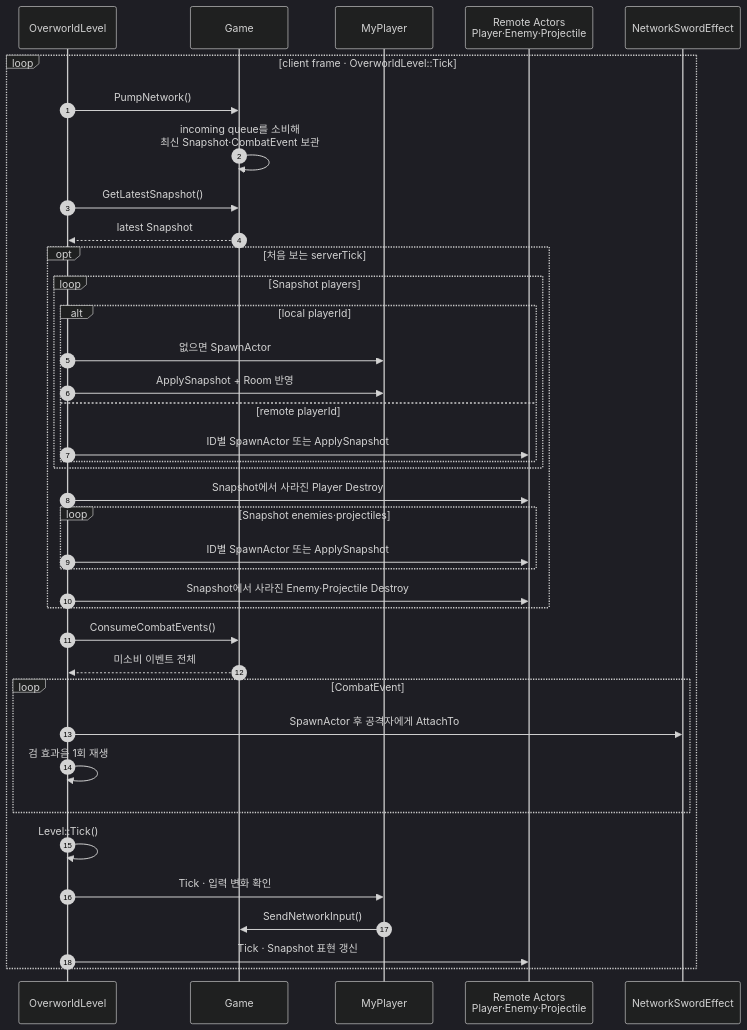
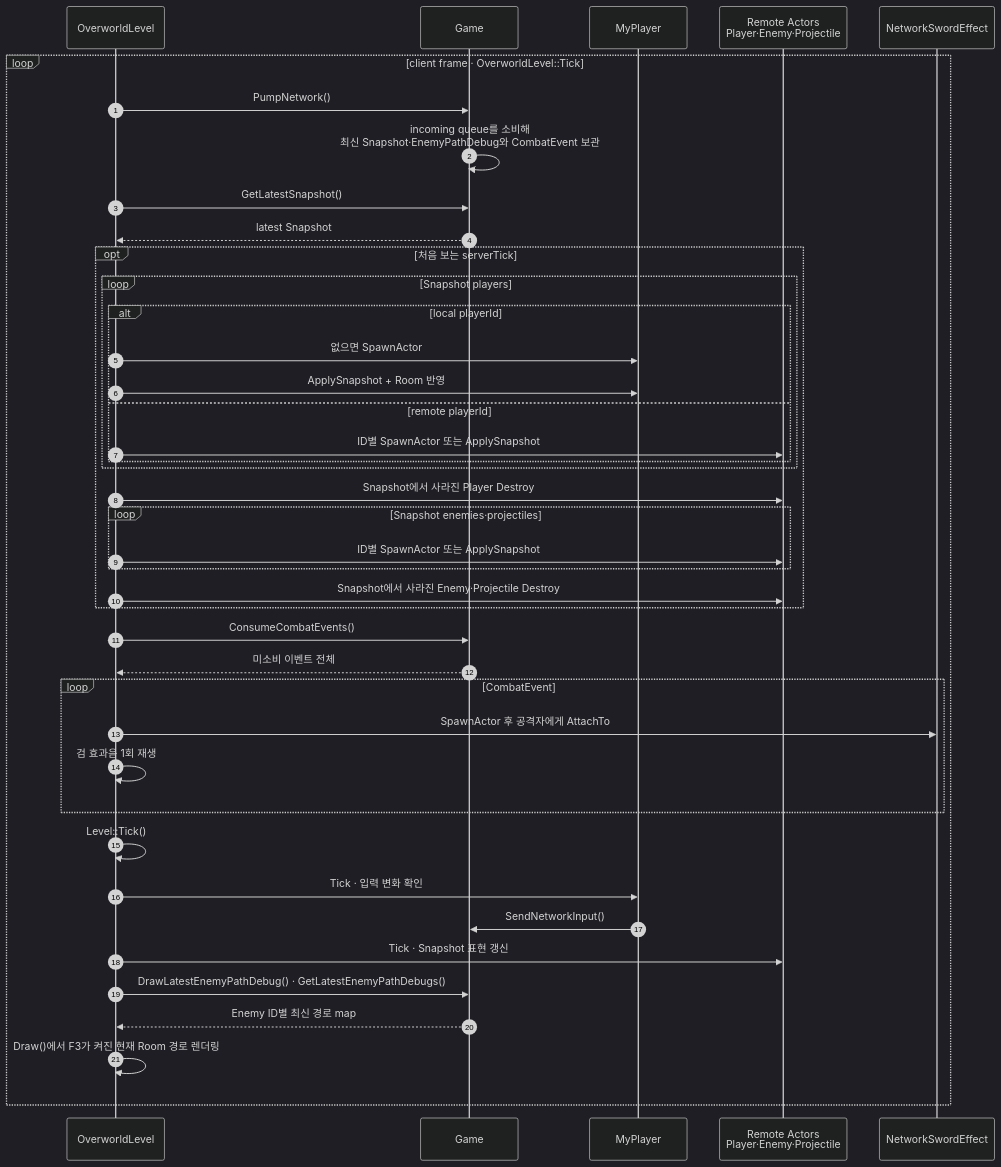
The third of 3 diagrams in docs/z1/ARCHITECTURE.md (9kyo-hwang/ConsoleGameProject), drawn with Mermaid (dark theme) before and after one commit. The commit also changed other lines of this file and 17 other files, not shown here.

````diff
--- a/docs/z1/ARCHITECTURE.md
+++ b/docs/z1/ARCHITECTURE.md
@@ -186,46 +186,49 @@
 ```mermaid
 sequenceDiagram
     autonumber
     participant Level as OverworldLevel
     participant Game
     participant MyPlayer
     participant Remote as Remote Actors<br/>Player·Enemy·Projectile
     participant Effect as NetworkSwordEffect
 
     loop client frame · OverworldLevel::Tick
         Level->>Game: PumpNetwork()
-        Game->>Game: incoming queue를 소비해<br/>최신 Snapshot·CombatEvent 보관
+        Game->>Game: incoming queue를 소비해<br/>최신 Snapshot·EnemyPathDebug와 CombatEvent 보관
 
         Level->>Game: GetLatestSnapshot()
         Game-->>Level: latest Snapshot
 
         opt 처음 보는 serverTick
             loop Snapshot players
                 alt local playerId
                     Level->>MyPlayer: 없으면 SpawnActor
                     Level->>MyPlayer: ApplySnapshot + Room 반영
                 else remote playerId
                     Level->>Remote: ID별 SpawnActor 또는 ApplySnapshot
                 end
             end
             Level->>Remote: Snapshot에서 사라진 Player Destroy
 
             loop Snapshot enemies·projectiles
                 Level->>Remote: ID별 SpawnActor 또는 ApplySnapshot
             end
             Level->>Remote: Snapshot에서 사라진 Enemy·Projectile Destroy
         end
 
         Level->>Game: ConsumeCombatEvents()
         Game-->>Level: 미소비 이벤트 전체
         loop CombatEvent
             Level->>Effect: SpawnActor 후 공격자에게 AttachTo
             Level->>Level: 검 효과음 1회 재생
         end
 
         Level->>Level: Level::Tick()
         Level->>MyPlayer: Tick · 입력 변화 확인
         MyPlayer->>Game: SendNetworkInput()
         Level->>Remote: Tick · Snapshot 표현 갱신
+        Level->>Game: DrawLatestEnemyPathDebug() · GetLatestEnemyPathDebugs()
+        Game-->>Level: Enemy ID별 최신 경로 map
+        Level->>Level: Draw()에서 F3가 켜진 현재 Room 경로 렌더링
     end
 ```
````
